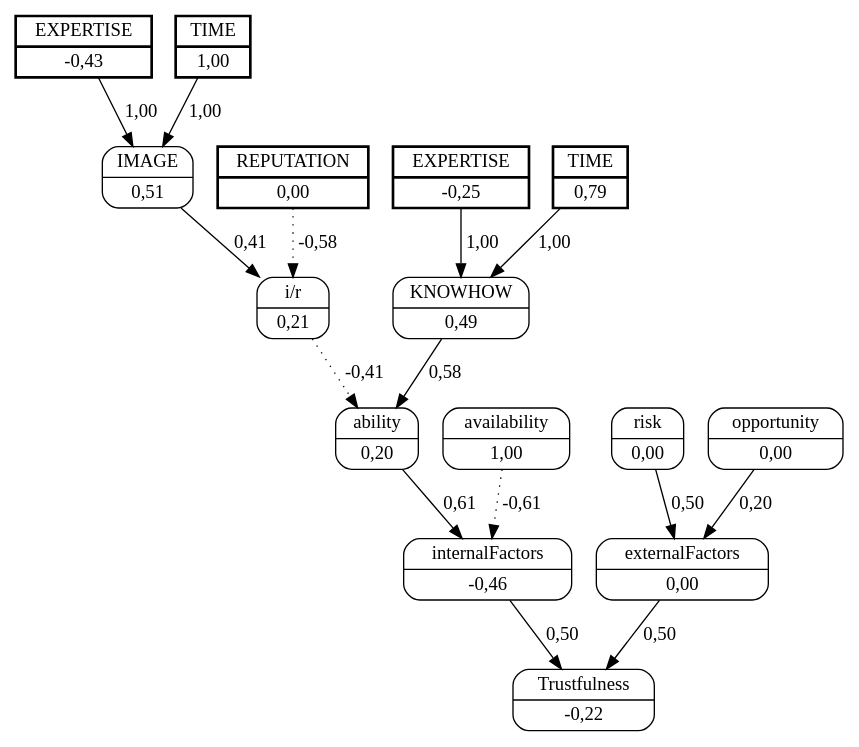
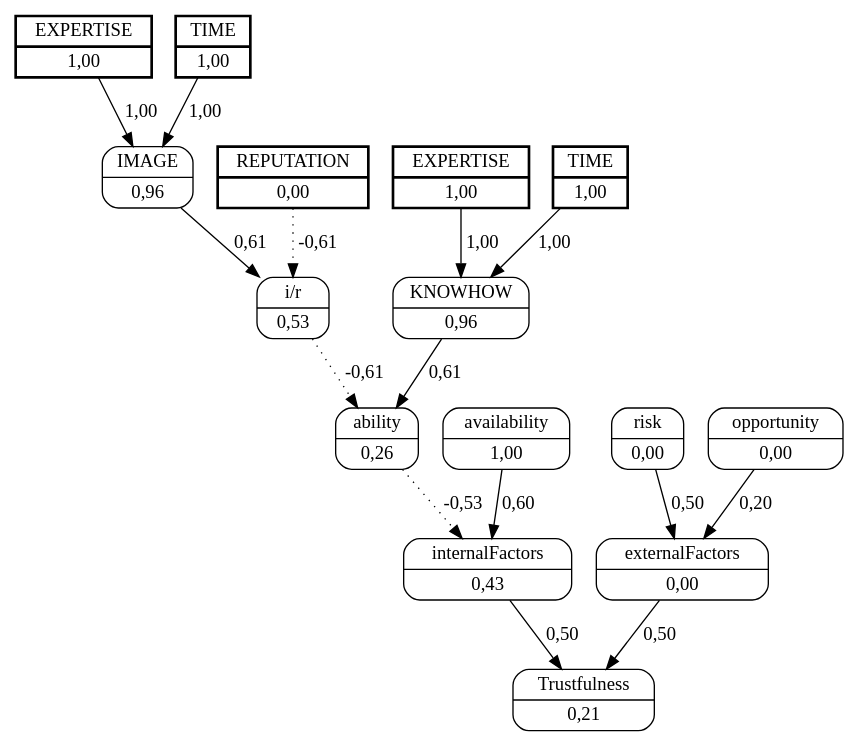
One commit to jjbaqueta/unload_experiment changed the diagram in unload_boxes/dots/truck_11worker_2.dot. Above: the diagram before and after it, drawn with Graphviz. The commit also changed 61 other files, not shown here.

```diff
--- a/unload_boxes/dots/truck_11worker_2.dot
+++ b/unload_boxes/dots/truck_11worker_2.dot
@@ -1,34 +1,34 @@
 digraph FCM_net{
 	node [shape=record, style=rounded]
-	11 [label="{EXPERTISE | -0,43}", style=bold, penwidth=2, peripheries=2];
+	11 [label="{EXPERTISE | 1,00}", style=bold, penwidth=2, peripheries=2];
 	12 [label="{TIME | 1,00}", style=bold, penwidth=2, peripheries=2];
 	1 [label="{REPUTATION | 0,00}", style=bold, penwidth=2, peripheries=2];
-	13 [label="{EXPERTISE | -0,25}", style=bold, penwidth=2, peripheries=2];
-	14 [label="{TIME | 0,79}", style=bold, penwidth=2, peripheries=2];
-	0 [label="{IMAGE | 0,51}"];
+	13 [label="{EXPERTISE | 1,00}", style=bold, penwidth=2, peripheries=2];
+	14 [label="{TIME | 1,00}", style=bold, penwidth=2, peripheries=2];
+	0 [label="{IMAGE | 0,96}"];
 	1 [label="{REPUTATION | 0,00}"];
-	2 [label="{KNOWHOW | 0,49}"];
-	3 [label="{i/r | 0,21}"];
-	4 [label="{ability | 0,20}"];
+	2 [label="{KNOWHOW | 0,96}"];
+	3 [label="{i/r | 0,53}"];
+	4 [label="{ability | 0,26}"];
 	5 [label="{availability | 1,00}"];
-	6 [label="{internalFactors | -0,46}"];
+	6 [label="{internalFactors | 0,43}"];
 	7 [label="{risk | 0,00}"];
 	8 [label="{opportunity | 0,00}"];
 	9 [label="{externalFactors | 0,00}"];
-	10 [label="{Trustfulness | -0,22}"];
-	11 [label="{EXPERTISE | -0,43}"];
-	0 -> 3 [label = "0,41"];
-	1 -> 3 [label = "-0,58", style=dotted];
-	3 -> 4 [label = "-0,41", style=dotted];
-	2 -> 4 [label = "0,58"];
-	4 -> 6 [label = "0,61"];
-	5 -> 6 [label = "-0,61", style=dotted];
+	10 [label="{Trustfulness | 0,21}"];
+	11 [label="{EXPERTISE | 1,00}"];
+	0 -> 3 [label = "0,61"];
+	1 -> 3 [label = "-0,61", style=dotted];
+	3 -> 4 [label = "-0,61", style=dotted];
+	2 -> 4 [label = "0,61"];
+	4 -> 6 [label = "-0,53", style=dotted];
+	5 -> 6 [label = "0,60"];
 	6 -> 10 [label = "0,50"];
 	7 -> 9 [label = "0,50"];
 	8 -> 9 [label = "0,20"];
 	9 -> 10 [label = "0,50"];
 	11 -> 0 [label = "1,00"];
 	12 -> 0 [label = "1,00"];
 	13 -> 2 [label = "1,00"];
 	14 -> 2 [label = "1,00"];
 }
```
